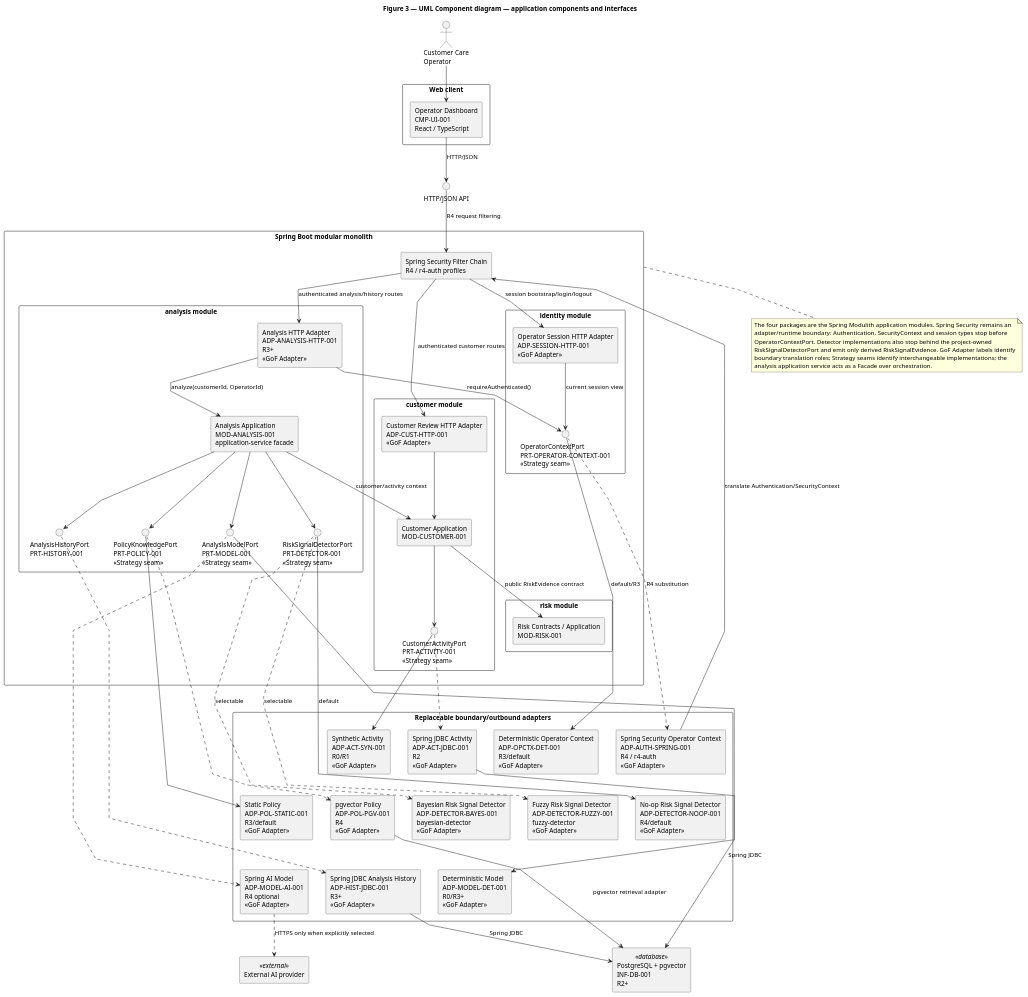
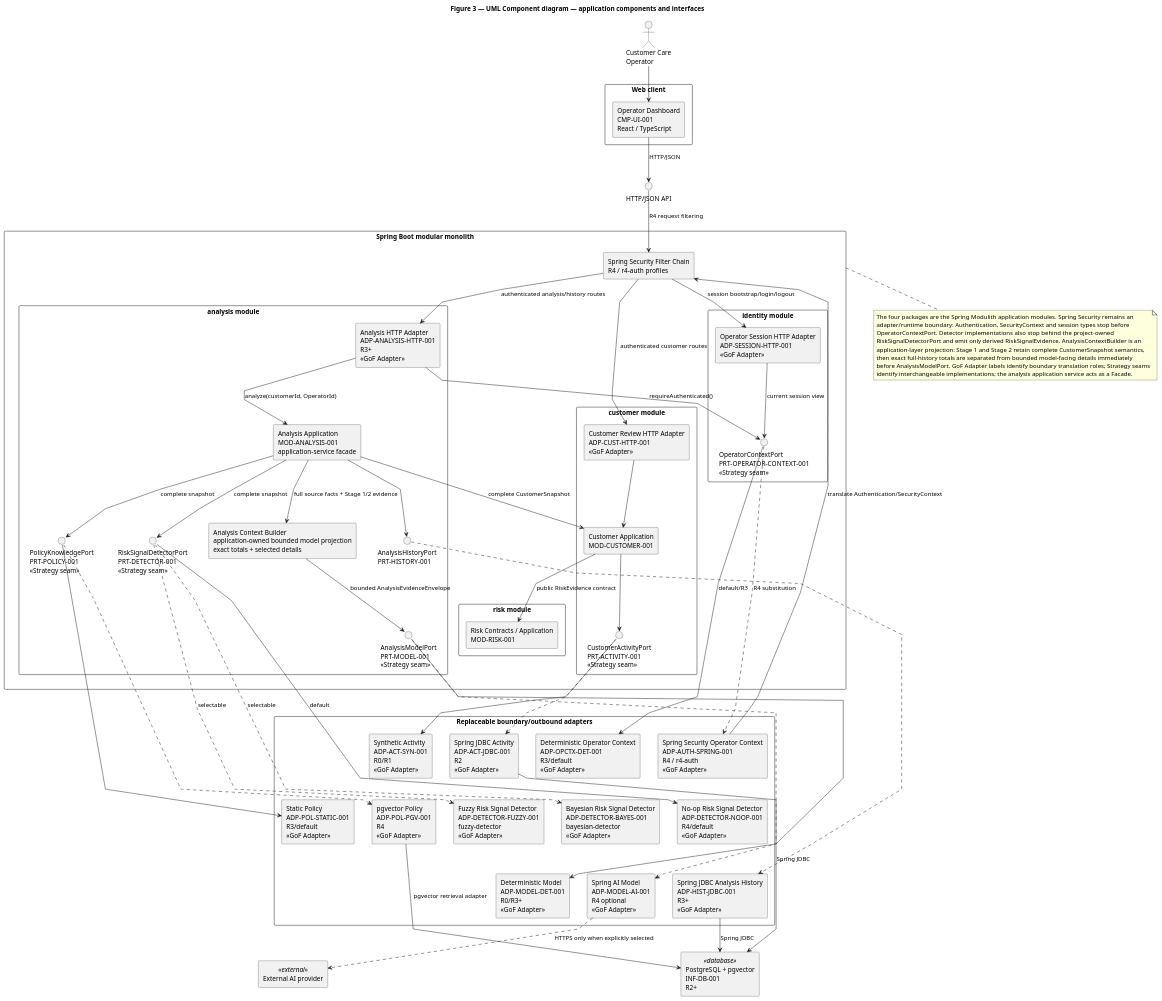
Before and after one commit to jdoe-dev-159753/specgraph-reference-app: the diagram in docs/assignment/SDD/diagrams/component-topology.puml, drawn with PlantUML.

Commit message:
docs: expose bounded model-context boundary in component topology

```diff
--- a/docs/assignment/SDD/diagrams/component-topology.puml
+++ b/docs/assignment/SDD/diagrams/component-topology.puml
@@ -1,123 +1,127 @@
 @startuml
 title Figure 3 — UML Component diagram — application components and interfaces
 top to bottom direction
 skinparam componentStyle rectangle
 skinparam packageStyle rectangle
 skinparam linetype polyline
 skinparam nodesep 38
 skinparam ranksep 45
 
 actor "Customer Care\nOperator" as Operator
 interface "HTTP/JSON API" as WebApi
 
 package "Web client" {
   component "Operator Dashboard\nCMP-UI-001\nReact / TypeScript" as UI
 }
 
 package "Spring Boot modular monolith" as Backend {
   component "Spring Security Filter Chain\nR4 / r4-auth profiles" as SecurityFilter
 
   package "identity module" as IdentityModule {
     component "Operator Session HTTP Adapter\nADP-SESSION-HTTP-001\n<<GoF Adapter>>" as SessionHttp
     interface "OperatorContextPort\nPRT-OPERATOR-CONTEXT-001\n<<Strategy seam>>" as OperatorContextPort
   }
 
   package "customer module" as CustomerModule {
     component "Customer Review HTTP Adapter\nADP-CUST-HTTP-001\n<<GoF Adapter>>" as CustomerHttp
     component "Customer Application\nMOD-CUSTOMER-001" as Customer
     interface "CustomerActivityPort\nPRT-ACTIVITY-001\n<<Strategy seam>>" as ActivityPort
   }
 
   package "risk module" as RiskModule {
     component "Risk Contracts / Application\nMOD-RISK-001" as Risk
   }
 
   package "analysis module" as AnalysisModule {
     component "Analysis HTTP Adapter\nADP-ANALYSIS-HTTP-001\nR3+\n<<GoF Adapter>>" as AnalysisHttp
     component "Analysis Application\nMOD-ANALYSIS-001\napplication-service facade" as Analysis
+    component "Analysis Context Builder\napplication-owned bounded model projection\nexact totals + selected details" as ContextBuilder
     interface "RiskSignalDetectorPort\nPRT-DETECTOR-001\n<<Strategy seam>>" as DetectorPort
     interface "PolicyKnowledgePort\nPRT-POLICY-001\n<<Strategy seam>>" as PolicyPort
     interface "AnalysisModelPort\nPRT-MODEL-001\n<<Strategy seam>>" as ModelPort
     interface "AnalysisHistoryPort\nPRT-HISTORY-001" as HistoryPort
   }
 }
 
 package "Replaceable boundary/outbound adapters" as Adapters {
   component "Deterministic Operator Context\nADP-OPCTX-DET-001\nR3/default\n<<GoF Adapter>>" as OperatorDet
   component "Spring Security Operator Context\nADP-AUTH-SPRING-001\nR4 / r4-auth\n<<GoF Adapter>>" as OperatorSecurity
   component "Synthetic Activity\nADP-ACT-SYN-001\nR0/R1\n<<GoF Adapter>>" as ActivitySynthetic
   component "Spring JDBC Activity\nADP-ACT-JDBC-001\nR2\n<<GoF Adapter>>" as ActivityJdbc
   component "No-op Risk Signal Detector\nADP-DETECTOR-NOOP-001\nR4/default\n<<GoF Adapter>>" as DetectorNoOp
   component "Bayesian Risk Signal Detector\nADP-DETECTOR-BAYES-001\nbayesian-detector\n<<GoF Adapter>>" as DetectorBayes
   component "Fuzzy Risk Signal Detector\nADP-DETECTOR-FUZZY-001\nfuzzy-detector\n<<GoF Adapter>>" as DetectorFuzzy
   component "Static Policy\nADP-POL-STATIC-001\nR3/default\n<<GoF Adapter>>" as PolicyStatic
   component "pgvector Policy\nADP-POL-PGV-001\nR4\n<<GoF Adapter>>" as PolicyPg
   component "Deterministic Model\nADP-MODEL-DET-001\nR0/R3+\n<<GoF Adapter>>" as ModelDet
   component "Spring AI Model\nADP-MODEL-AI-001\nR4 optional\n<<GoF Adapter>>" as ModelAi
   component "Spring JDBC Analysis History\nADP-HIST-JDBC-001\nR3+\n<<GoF Adapter>>" as HistoryJdbc
 
   OperatorDet -[hidden]right-> OperatorSecurity
   OperatorSecurity -[hidden]right-> ActivitySynthetic
   ActivitySynthetic -[hidden]right-> ActivityJdbc
   ActivityJdbc -[hidden]down-> DetectorNoOp
   DetectorNoOp -[hidden]right-> DetectorBayes
   DetectorBayes -[hidden]right-> DetectorFuzzy
   DetectorFuzzy -[hidden]right-> PolicyStatic
   PolicyStatic -[hidden]right-> PolicyPg
   PolicyPg -[hidden]down-> ModelDet
   ModelDet -[hidden]right-> ModelAi
   ModelAi -[hidden]right-> HistoryJdbc
 }
 
 component "PostgreSQL + pgvector\nINF-DB-001\nR2+" as Db <<database>>
 component "External AI provider" as Provider <<external>>
 
 Operator --> UI
 UI --> WebApi : HTTP/JSON
 WebApi --> SecurityFilter : R4 request filtering
 SecurityFilter --> SessionHttp : session bootstrap/login/logout
 SecurityFilter --> CustomerHttp : authenticated customer routes
 SecurityFilter --> AnalysisHttp : authenticated analysis/history routes
 
 SessionHttp --> OperatorContextPort : current session view
 AnalysisHttp --> OperatorContextPort : requireAuthenticated()
 OperatorContextPort --> OperatorDet : default/R3
 OperatorContextPort ..> OperatorSecurity : R4 substitution
 OperatorSecurity --> SecurityFilter : translate Authentication/SecurityContext
 
 CustomerHttp --> Customer
 Customer --> Risk : public RiskEvidence contract
 Customer --> ActivityPort
 
 AnalysisHttp --> Analysis : analyze(customerId, OperatorId)
-Analysis --> Customer : customer/activity context
-Analysis --> DetectorPort
-Analysis --> PolicyPort
-Analysis --> ModelPort
+Analysis --> Customer : complete CustomerSnapshot
+Analysis --> DetectorPort : complete snapshot
+Analysis --> PolicyPort : complete snapshot
+Analysis --> ContextBuilder : full source facts + Stage 1/2 evidence
+ContextBuilder --> ModelPort : bounded AnalysisEvidenceEnvelope
 Analysis --> HistoryPort
 
 ActivityPort --> ActivitySynthetic
 ActivityPort ..> ActivityJdbc
 DetectorPort --> DetectorNoOp : default
 DetectorPort ..> DetectorBayes : selectable
 DetectorPort ..> DetectorFuzzy : selectable
 PolicyPort --> PolicyStatic
 PolicyPort ..> PolicyPg
 ModelPort --> ModelDet
 ModelPort ..> ModelAi
 HistoryPort ..> HistoryJdbc
 
 ActivityJdbc --> Db : Spring JDBC
 PolicyPg --> Db : pgvector retrieval adapter
 HistoryJdbc --> Db : Spring JDBC
 ModelAi ..> Provider : HTTPS only when explicitly selected
 
 note bottom of Backend
   The four packages are the Spring Modulith application modules. Spring Security remains an
   adapter/runtime boundary: Authentication, SecurityContext and session types stop before
   OperatorContextPort. Detector implementations also stop behind the project-owned
-  RiskSignalDetectorPort and emit only derived RiskSignalEvidence. GoF Adapter labels identify
-  boundary translation roles; Strategy seams identify interchangeable implementations; the
-  analysis application service acts as a Facade over orchestration.
+  RiskSignalDetectorPort and emit only derived RiskSignalEvidence. AnalysisContextBuilder is an
+  application-layer projection: Stage 1 and Stage 2 retain complete CustomerSnapshot semantics,
+  then exact full-history totals are separated from bounded model-facing details immediately
+  before AnalysisModelPort. GoF Adapter labels identify boundary translation roles; Strategy seams
+  identify interchangeable implementations; the analysis application service acts as a Facade.
 end note
 @enduml
```
